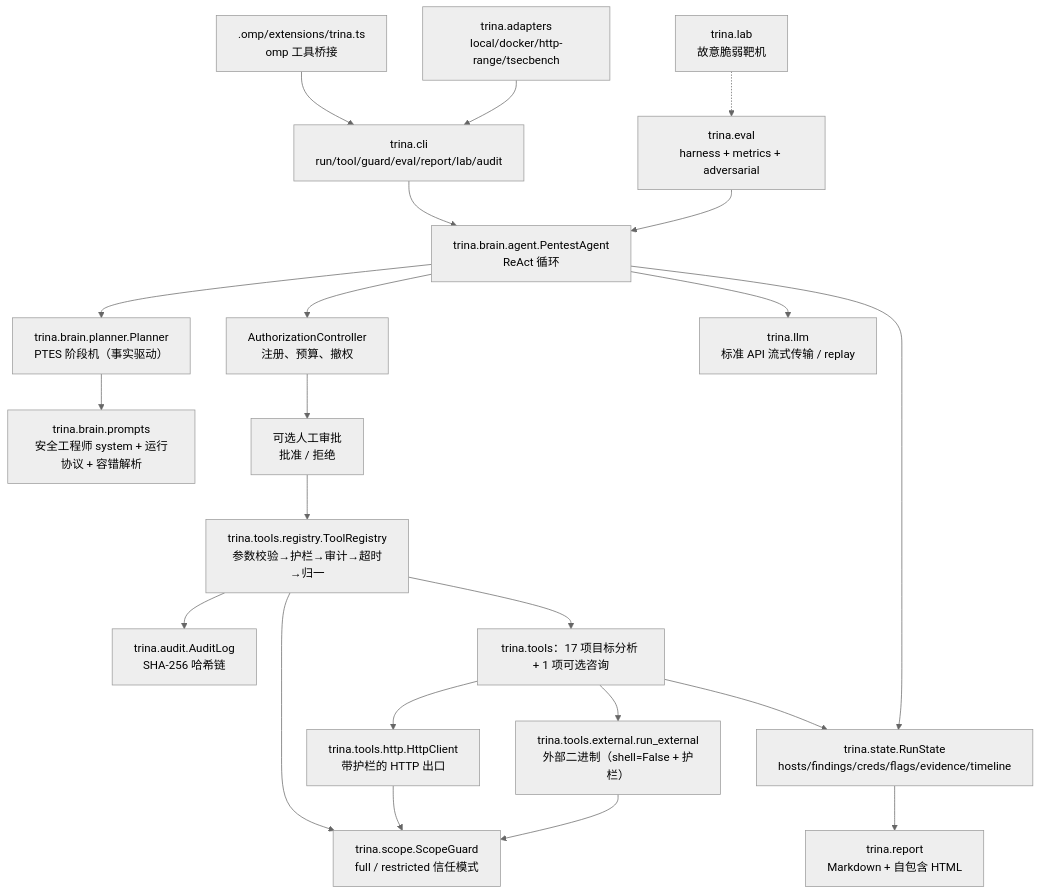
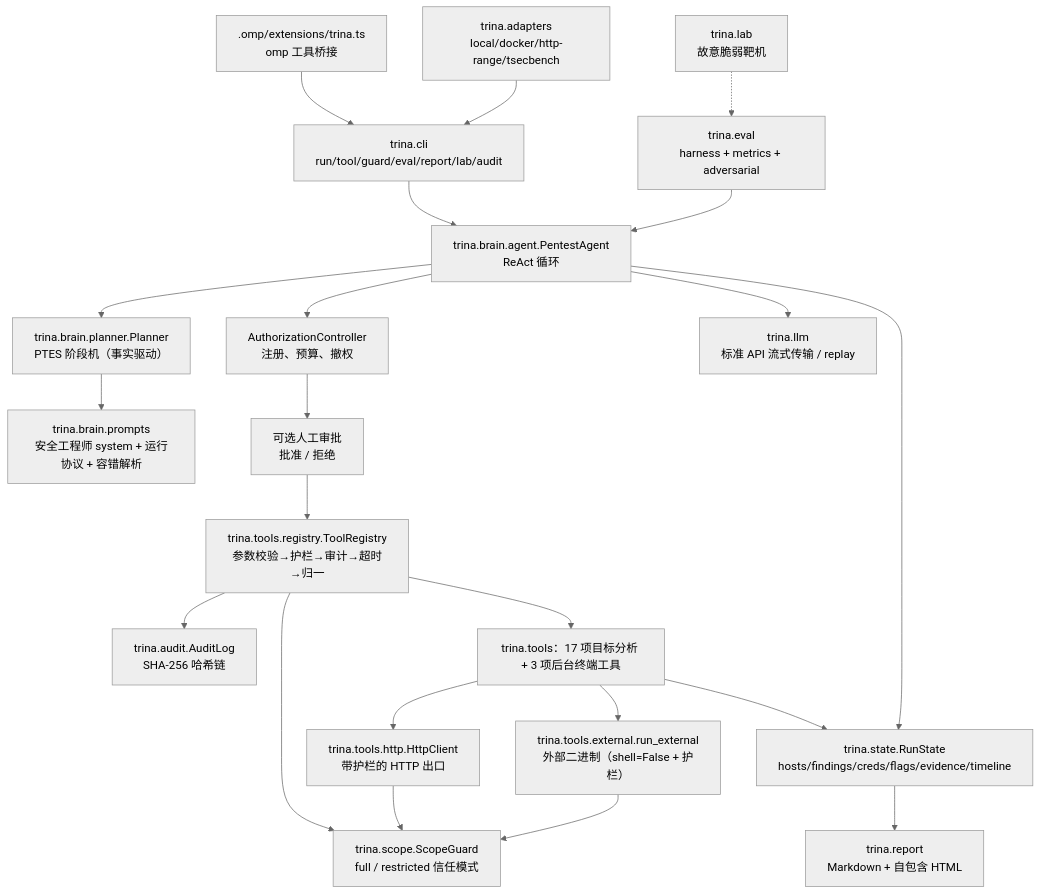
Before and after one commit to YHalo-wyh/Trina: the diagram in docs/ARCHITECTURE.md, drawn with Mermaid (neutral theme). The commit also changed other lines of this file and 31 other files, not shown here.

````diff
--- a/docs/ARCHITECTURE.md
+++ b/docs/ARCHITECTURE.md
@@ -11,39 +11,39 @@
 ```mermaid
 flowchart TB
     CLI["trina.cli<br/>run/tool/guard/eval/report/lab/audit"]
     OMPEXT[".omp/extensions/trina.ts<br/>omp 工具桥接"]
     AGENT["trina.brain.agent.PentestAgent<br/>ReAct 循环"]
     PLANNER["trina.brain.planner.Planner<br/>PTES 阶段机（事实驱动）"]
     PROMPTS["trina.brain.prompts<br/>安全工程师 system + 运行协议 + 容错解析"]
     POLICY["AuthorizationController<br/>注册、预算、撤权"]
     APPROVAL["可选人工审批<br/>批准 / 拒绝"]
     REG["trina.tools.registry.ToolRegistry<br/>参数校验→护栏→审计→超时→归一"]
     GUARD["trina.scope.ScopeGuard<br/>full / restricted 信任模式"]
     AUDIT["trina.audit.AuditLog<br/>SHA-256 哈希链"]
     STATE["trina.state.RunState<br/>hosts/findings/creds/flags/evidence/timeline"]
-    TOOLS["trina.tools：17 项目标分析 + 1 项可选咨询"]
+    TOOLS["trina.tools：17 项目标分析 + 3 项后台终端工具"]
     HTTP["trina.tools.http.HttpClient<br/>带护栏的 HTTP 出口"]
     EXT["trina.tools.external.run_external<br/>外部二进制（shell=False + 护栏）"]
     LLM["trina.llm<br/>标准 API 流式传输 / replay"]
     ADAPT["trina.adapters<br/>local/docker/http-range/tsecbench"]
     EVAL["trina.eval<br/>harness + metrics + adversarial"]
     LAB["trina.lab<br/>故意脆弱靶机"]
     REPORT["trina.report<br/>Markdown + 自包含 HTML"]
 
     CLI --> AGENT
     OMPEXT --> CLI
     AGENT --> PLANNER --> PROMPTS
     AGENT --> LLM
     AGENT --> POLICY --> APPROVAL --> REG
     REG --> GUARD
     REG --> AUDIT
     REG --> TOOLS
     TOOLS --> HTTP --> GUARD
     TOOLS --> EXT --> GUARD
     TOOLS --> STATE
     AGENT --> STATE
     STATE --> REPORT
     ADAPT --> CLI
     EVAL --> AGENT
     LAB -.-> EVAL
 ```
````
